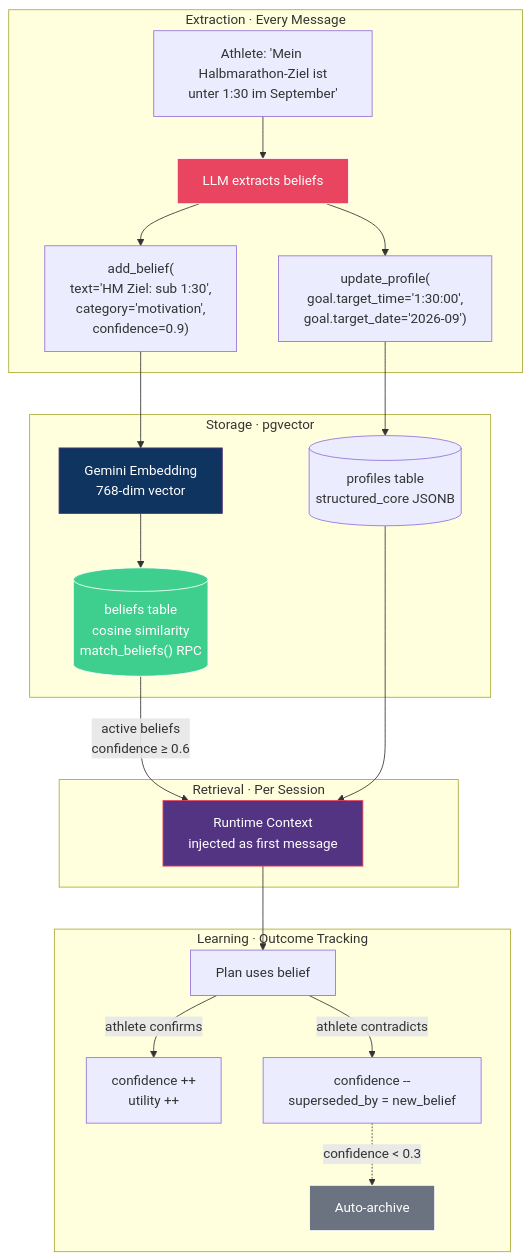
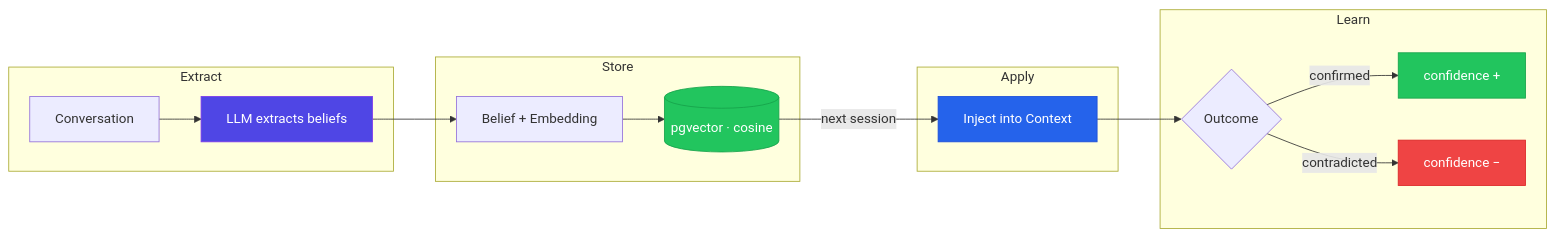
One commit to RnltLabs/athletly-backend changed the fifth of 9 diagrams in README.md. Above: the diagram before and after it, drawn with Mermaid. The commit also changed other lines of this file, not shown here.

First line of the commit message:
docs: simplify README diagrams, apply Athletly colors, add TOC

````diff
--- a/README.md
+++ b/README.md
@@ -250,32 +200,27 @@
 ```mermaid
-flowchart TD
-    subgraph Extract["Extraction · Every Message"]
-        MSG["Athlete: 'Mein Halbmarathon-Ziel ist<br/>unter 1:30 im September'"] --> LLM_EX["LLM extracts beliefs"]
-        LLM_EX --> B1["add_belief(<br/>text='HM Ziel: sub 1:30',<br/>category='motivation',<br/>confidence=0.9)"]
-        LLM_EX --> B2["update_profile(<br/>goal.target_time='1:30:00',<br/>goal.target_date='2026-09')"]
+flowchart LR
+    subgraph Extract
+        A["Conversation"] --> B["LLM extracts beliefs"]
     end
 
-    subgraph Store["Storage · pgvector"]
-        B1 --> EMB["Gemini Embedding<br/>768-dim vector"]
-        EMB --> PG[("beliefs table<br/>cosine similarity<br/>match_beliefs() RPC")]
-        B2 --> PROF[("profiles table<br/>structured_core JSONB")]
+    subgraph Store
+        B --> C["Belief + Embedding"]
+        C --> D[("pgvector · cosine")]
     end
 
-    subgraph Retrieve["Retrieval · Per Session"]
-        PG -->|"active beliefs<br/>confidence ≥ 0.6"| CTX["Runtime Context<br/>injected as first message"]
-        PROF --> CTX
+    subgraph Apply
+        D -->|"next session"| E["Inject into Context"]
     end
 
-    subgraph Learn["Learning · Outcome Tracking"]
-        CTX --> PLAN["Plan uses belief"]
-        PLAN -->|"athlete confirms"| UP["confidence ++<br/>utility ++"]
-        PLAN -->|"athlete contradicts"| DOWN["confidence --<br/>superseded_by = new_belief"]
-        DOWN -.->|"confidence < 0.3"| ARCHIVE["Auto-archive"]
+    subgraph Learn
+        E --> F{Outcome}
+        F -->|"confirmed"| G["confidence +"]
+        F -->|"contradicted"| H["confidence −"]
     end
 
-    style LLM_EX fill:#e94560,stroke:#fff,color:#fff
-    style PG fill:#3ECF8E,stroke:#fff,color:#fff
-    style EMB fill:#0f3460,stroke:#533483,color:#fff
-    style CTX fill:#533483,stroke:#e94560,color:#fff
-    style ARCHIVE fill:#6B7280,stroke:#fff,color:#fff
+    style B fill:#4F46E5,stroke:#7C3AED,color:#fff
+    style D fill:#22C55E,stroke:#16A34A,color:#fff
+    style E fill:#2563EB,stroke:#1D4ED8,color:#fff
+    style G fill:#22C55E,stroke:#16A34A,color:#fff
+    style H fill:#EF4444,stroke:#DC2626,color:#fff
 ```
````
